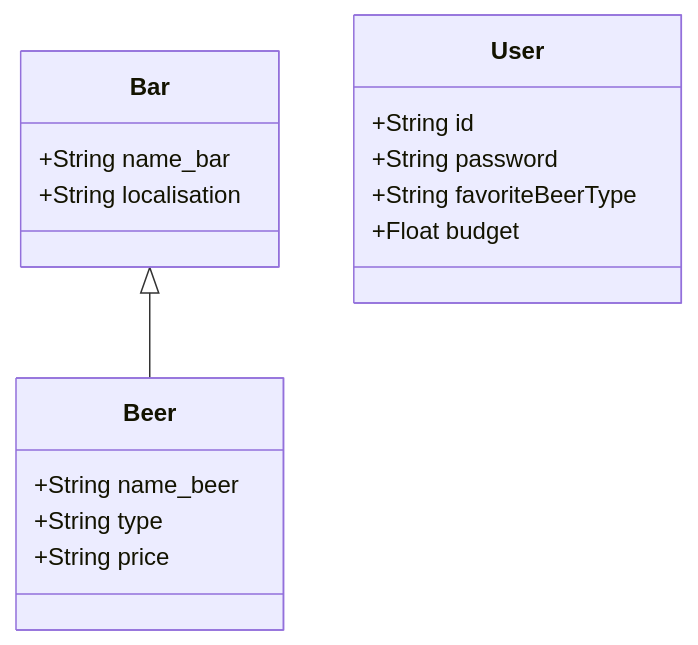
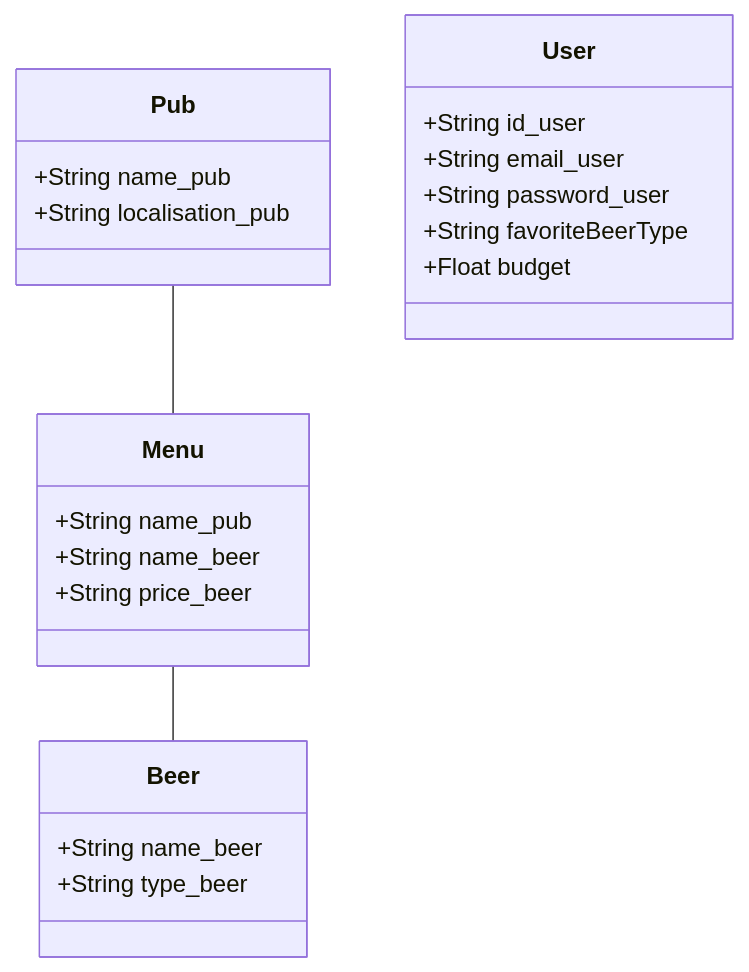
One commit to DonMako/beer changed the diagram in README.md. Above: the diagram before and after it, drawn with Mermaid. The commit also changed 1 other file, not shown here.

Commit message:
Ajout des objets métiers dans le README

````diff
--- a/README.md
+++ b/README.md
@@ -36,19 +36,25 @@
 ```mermaid
 classDiagram
-    Bar <|-- Beer
+    Pub -- Menu
+    Menu -- Beer
     class User{
-      +String id
-      +String password
+      +String id_user
+      +String email_user
+      +String password_user
       +String favoriteBeerType
       +Float budget
     }
     class Beer{
       +String name_beer
-      +String type
-      +String price
+      +String type_beer
     }
-    class Bar{
-      +String name_bar
-      +String localisation
+    class Menu{
+      +String name_pub
+      +String name_beer
+      +String price_beer
+    }
+    class Pub{
+      +String name_pub
+      +String localisation_pub
     }
 ```
````
